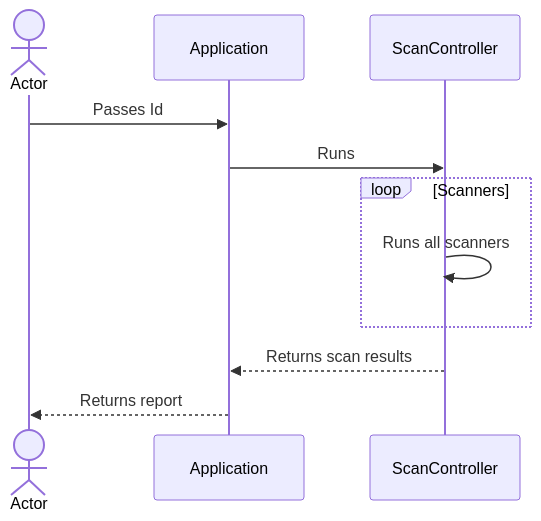
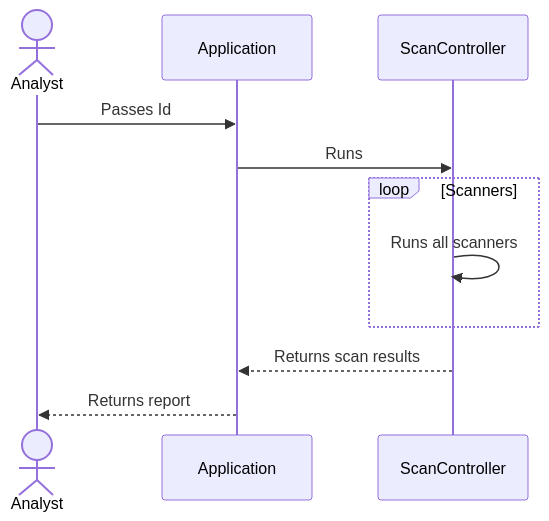
One commit to elszczepano/master-thesis-automation changed the second of 2 diagrams in README.md. Above: the diagram before and after it, drawn with Mermaid. The commit also changed other lines of this file, not shown here.

Commit message:
use more purposeful name

````diff
--- a/README.md
+++ b/README.md
@@ -63,13 +63,13 @@
 ```mermaid
 sequenceDiagram
-    actor User as Actor
+    actor User as Analyst
     participant Application
     participant ScanController
     User->>Application: Passes Id
     Application->>ScanController: Runs
     loop Scanners
         ScanController->>ScanController: Runs all scanners
     end
     ScanController-->>Application: Returns scan results
     Application-->>User: Returns report
 ```
````
